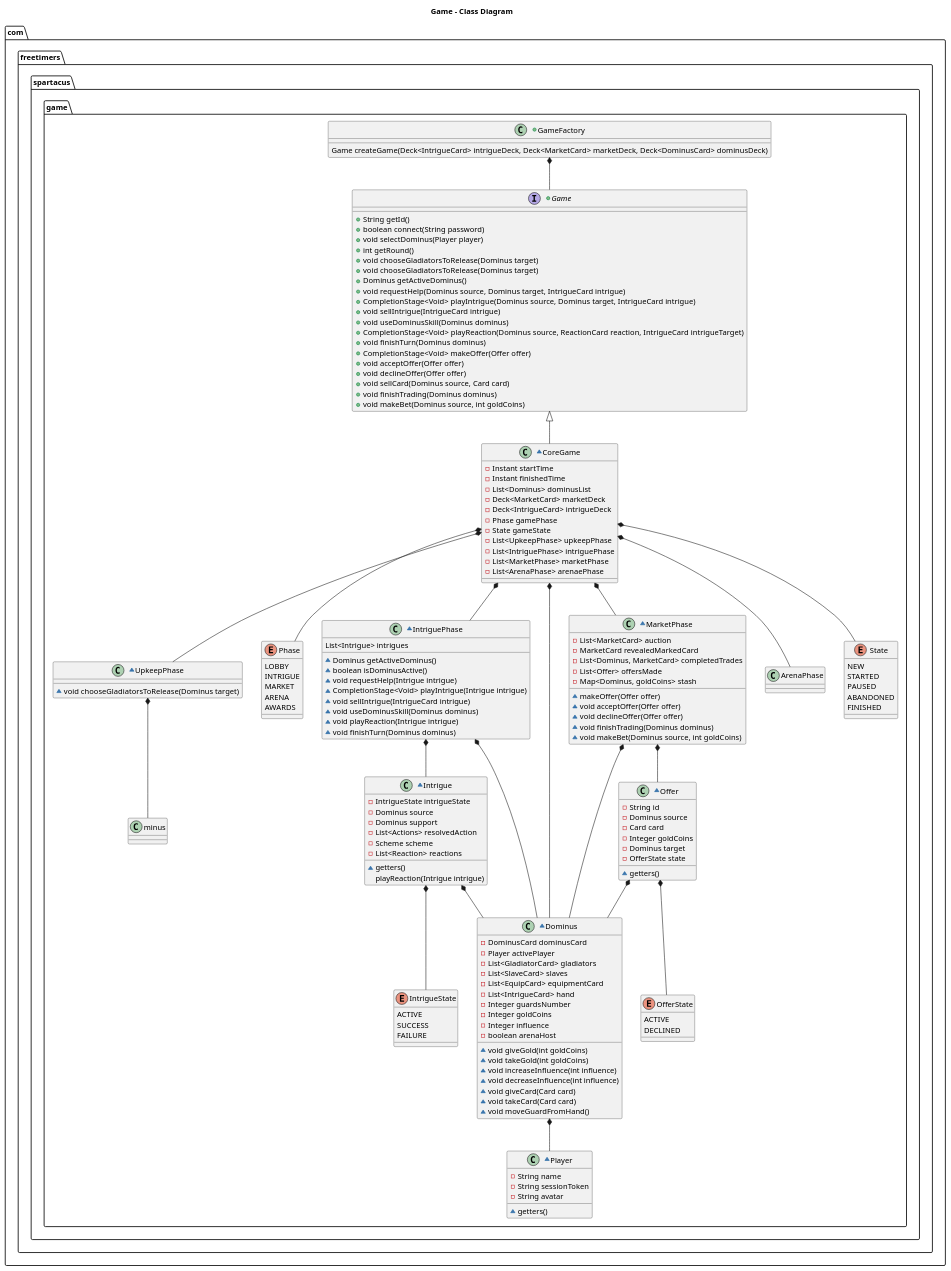
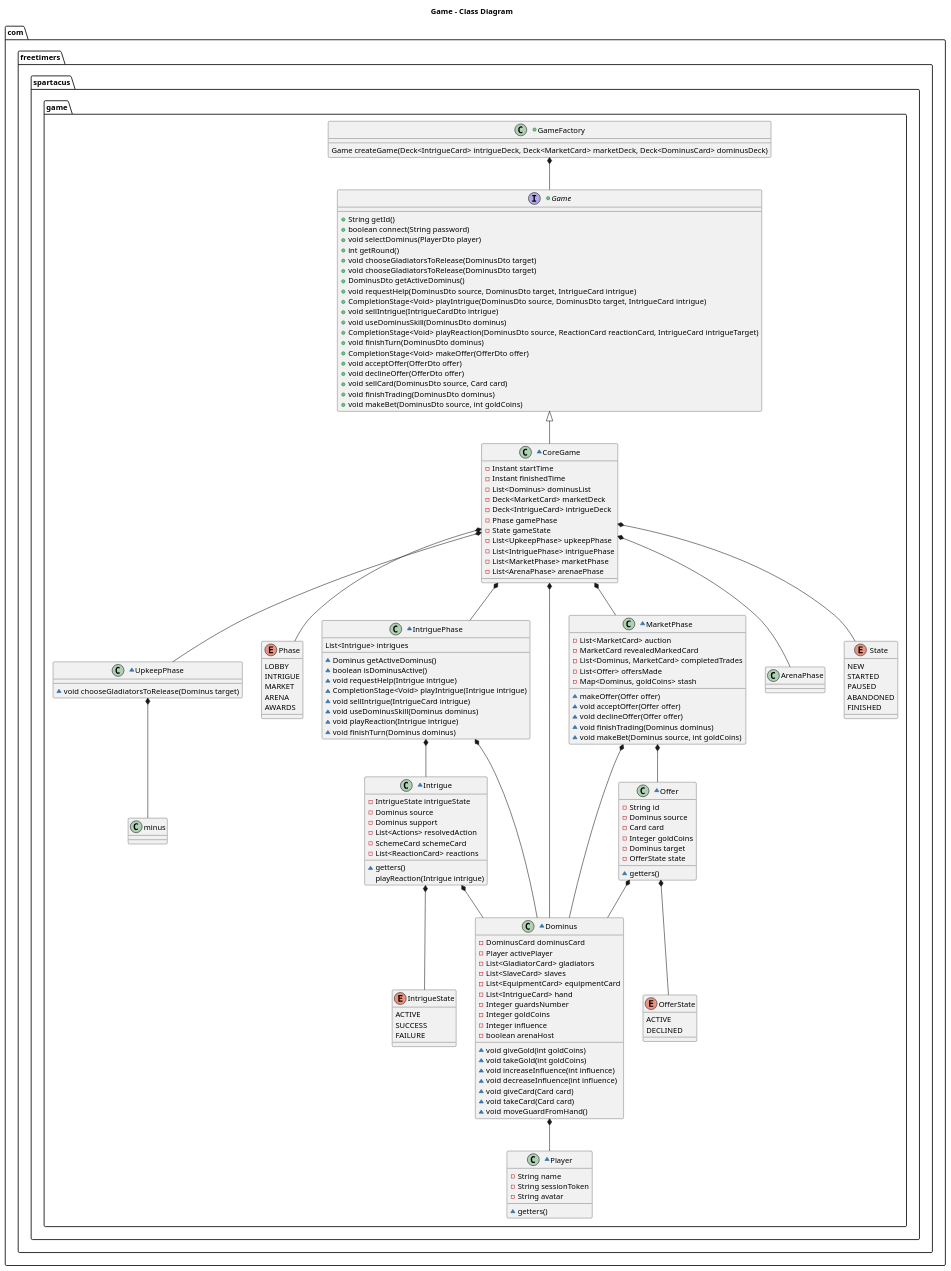
The diagram in Docs/GameClassDiagram.puml (v-bodnar/Spartaaa), drawn with PlantUML before and after one commit. The commit also changed 69 other files, not shown here.

```diff
--- a/Docs/GameClassDiagram.puml
+++ b/Docs/GameClassDiagram.puml
@@ -1,178 +1,178 @@
 @startuml
 
 title Game - Class Diagram
 
 package "com.freetimers.spartacus.game"{
     +class GameFactory{
         Game createGame(Deck<IntrigueCard> intrigueDeck, Deck<MarketCard> marketDeck, Deck<DominusCard> dominusDeck)
     }
 
     GameFactory *-- Game
 
     +interface Game {
       +String getId()
       +boolean connect(String password)
-      +void selectDominus(Player player)
+      +void selectDominus(PlayerDto player)
       +int getRound()
     '  Upkeep
-      +void chooseGladiatorsToRelease(Dominus target)
+      +void chooseGladiatorsToRelease(DominusDto target)
     '  Intrigue phase
-      +void chooseGladiatorsToRelease(Dominus target)
-      +Dominus getActiveDominus()
-      +void requestHelp(Dominus source, Dominus target, IntrigueCard intrigue)
-      +CompletionStage<Void> playIntrigue(Dominus source, Dominus target, IntrigueCard intrigue)
-      +void sellIntrigue(IntrigueCard intrigue)
-      +void useDominusSkill(Dominus dominus)
-      +CompletionStage<Void> playReaction(Dominus source, ReactionCard reaction, IntrigueCard intrigueTarget)
-      +void finishTurn(Dominus dominus)
+      +void chooseGladiatorsToRelease(DominusDto target)
+      +DominusDto getActiveDominus()
+      +void requestHelp(DominusDto source, DominusDto target, IntrigueCard intrigue)
+      +CompletionStage<Void> playIntrigue(DominusDto source, DominusDto target, IntrigueCard intrigue)
+      +void sellIntrigue(IntrigueCardDto intrigue)
+      +void useDominusSkill(DominusDto dominus)
+      +CompletionStage<Void> playReaction(DominusDto source, ReactionCard reactionCard, IntrigueCard intrigueTarget)
+      +void finishTurn(DominusDto dominus)
     '  MarketPhase
-      +CompletionStage<Void> makeOffer(Offer offer)
-      +void acceptOffer(Offer offer)
-      +void declineOffer(Offer offer)
-      +void sellCard(Dominus source, Card card)
-      +void finishTrading(Dominus dominus)
-      +void makeBet(Dominus source, int goldCoins)
+      +CompletionStage<Void> makeOffer(OfferDto offer)
+      +void acceptOffer(OfferDto offer)
+      +void declineOffer(OfferDto offer)
+      +void sellCard(DominusDto source, Card card)
+      +void finishTrading(DominusDto dominus)
+      +void makeBet(DominusDto source, int goldCoins)
     }
 
     ~class CoreGame extends Game{
       -Instant startTime
       -Instant finishedTime
       -List<Dominus> dominusList
       -Deck<MarketCard> marketDeck
       -Deck<IntrigueCard> intrigueDeck
       -Phase gamePhase
       -State gameState
       -List<UpkeepPhase> upkeepPhase
       -List<IntriguePhase> intriguePhase
       -List<MarketPhase> marketPhase
       -List<ArenaPhase> arenaePhase
     }
 
     CoreGame *-- Dominus
     CoreGame *-- Phase
     CoreGame *-- UpkeepPhase
     CoreGame *-- IntriguePhase
     CoreGame *-- MarketPhase
     CoreGame *-- ArenaPhase
     CoreGame *-- State
 
     ~class Dominus{
      -DominusCard dominusCard
      -Player activePlayer
      -List<GladiatorCard> gladiators
      -List<SlaveCard> slaves
-     -List<EquipCard> equipmentCard
+     -List<EquipmentCard> equipmentCard
      -List<IntrigueCard> hand
      -Integer guardsNumber
      -Integer goldCoins
      -Integer influence
      -boolean arenaHost
      ~void giveGold(int goldCoins)
      ~void takeGold(int goldCoins)
      ~void increaseInfluence(int influence)
      ~void decreaseInfluence(int influence)
      ~void giveCard(Card card)
      ~void takeCard(Card card)
      ~void moveGuardFromHand()
     }
 
     Dominus*--Player
 
     ~class Player{
      -String name
      -String sessionToken
      -String avatar
      ~getters()
     }
 
     ~class UpkeepPhase{
       ~void chooseGladiatorsToRelease(Dominus target)
     }
 
     UpkeepPhase*--Dominus
 
     ~class IntriguePhase{
      List<Intrigue> intrigues
      ~Dominus getActiveDominus()
      ~boolean isDominusActive()
      ~void requestHelp(Intrigue intrigue)
      ~CompletionStage<Void> playIntrigue(Intrigue intrigue)
      ~void sellIntrigue(IntrigueCard intrigue)
      ~void useDominusSkill(Dominus dominus)
      ~void playReaction(Intrigue intrigue)
      ~void finishTurn(Dominus dominus)
     }
 
     IntriguePhase*-- Dominus
     IntriguePhase*-- Intrigue
 
     ~class Intrigue{
       -IntrigueState intrigueState
       -Dominus source
       -Dominus support
       -List<Actions> resolvedAction
-      -Scheme scheme
-      -List<Reaction> reactions
+      -SchemeCard schemeCard
+      -List<ReactionCard> reactions
       ~getters()
       playReaction(Intrigue intrigue)
     }
 
     Intrigue *-- IntrigueState
     Intrigue *-- Dominus
 
     ~class MarketPhase{
         -List<MarketCard> auction
         -MarketCard revealedMarkedCard
         -List<Dominus, MarketCard> completedTrades
         -List<Offer> offersMade
         -Map<Dominus, goldCoins> stash
         ~makeOffer(Offer offer)
         ~void acceptOffer(Offer offer)
         ~void declineOffer(Offer offer)
         ~void finishTrading(Dominus dominus)
         ~void makeBet(Dominus source, int goldCoins)
     }
 
     MarketPhase *-- Dominus
     MarketPhase *-- Offer
 
     ~class Offer{
         -String id
         -Dominus source
         -Card card
         -Integer goldCoins
         -Dominus target
         -OfferState state
         ~getters()
     }
 
     Offer *-- OfferState
     Offer *-- Dominus
 
     enum IntrigueState{
         ACTIVE
         SUCCESS
         FAILURE
     }
     enum OfferState{
         ACTIVE
         DECLINED
     }
 
     enum State{
         NEW
         STARTED
         PAUSED
         ABANDONED
         FINISHED
     }
 
     enum Phase{
         LOBBY
         INTRIGUE
         MARKET
         ARENA
         AWARDS
     }
 }
 @enduml
```
